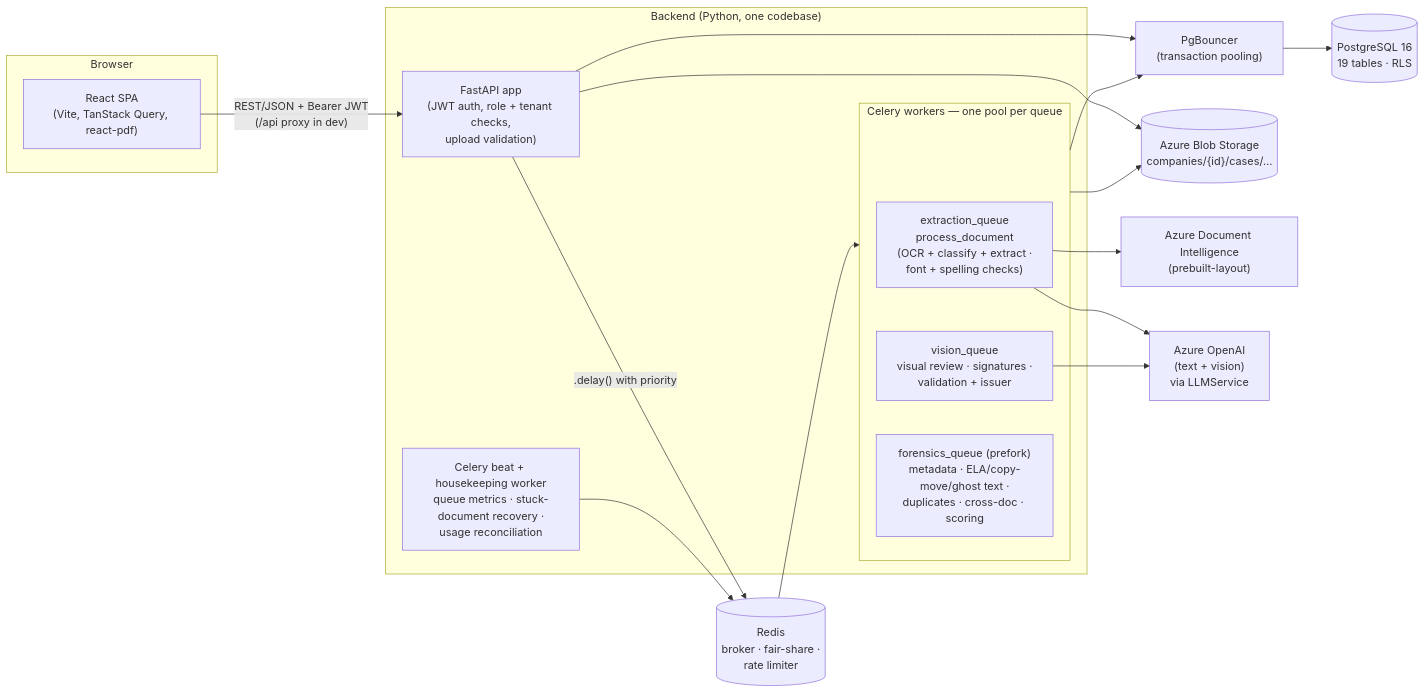
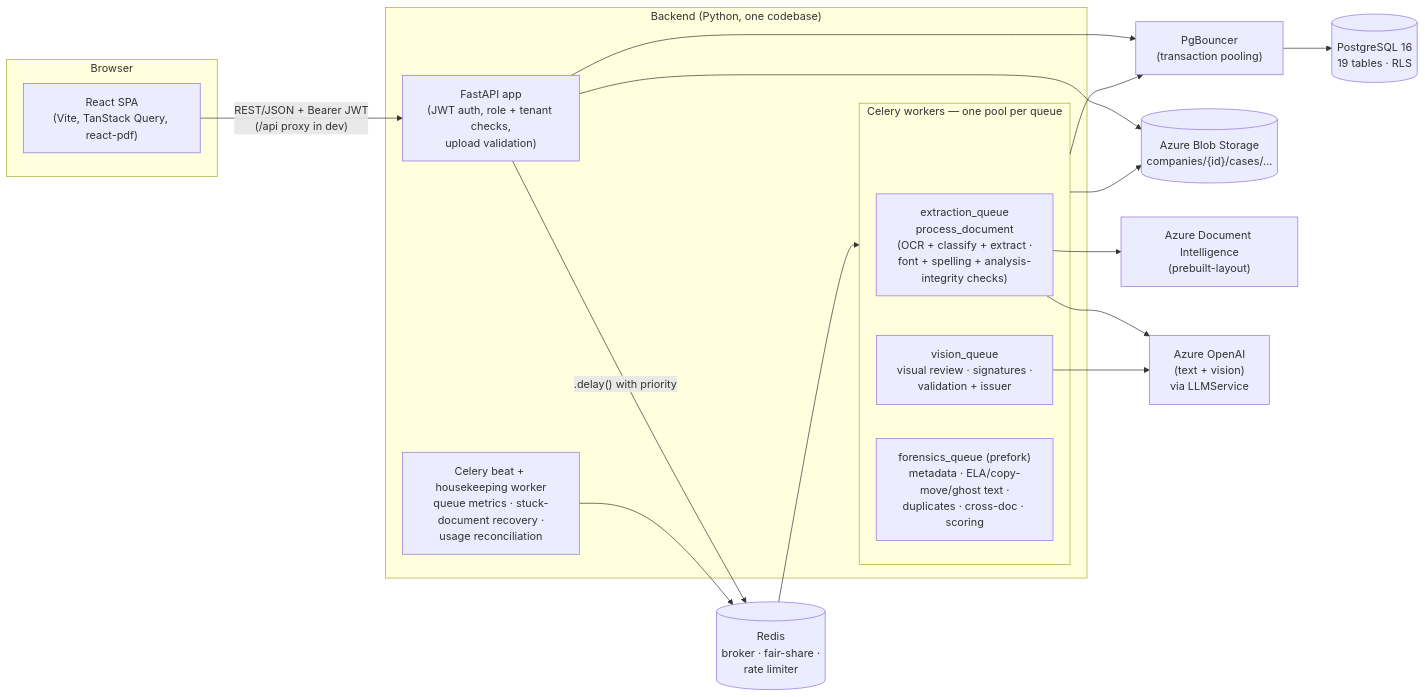
One commit to Deepraj-chawda/FDDT changed the diagram in docs/architecture/overview.md. Above: the diagram before and after it, drawn with Mermaid. The commit also changed other lines of this file and 57 other files, not shown here.

````diff
--- a/docs/architecture/overview.md
+++ b/docs/architecture/overview.md
@@ -16,36 +16,36 @@
 ```mermaid
 flowchart LR
     subgraph Browser
         SPA["React SPA<br/>(Vite, TanStack Query, react-pdf)"]
     end
 
     subgraph Backend["Backend (Python, one codebase)"]
         API["FastAPI app<br/>(JWT auth, role + tenant checks,<br/>upload validation)"]
         subgraph Workers["Celery workers — one pool per queue"]
-            WX["extraction_queue<br/>process_document<br/>(OCR + classify + extract ·<br/>font + spelling checks)"]
+            WX["extraction_queue<br/>process_document<br/>(OCR + classify + extract ·<br/>font + spelling + analysis-integrity checks)"]
             WV["vision_queue<br/>visual review · signatures ·<br/>validation + issuer"]
             WF["forensics_queue (prefork)<br/>metadata · ELA/copy-move/ghost text ·<br/>duplicates · cross-doc · scoring"]
         end
         BEAT["Celery beat + housekeeping worker<br/>queue metrics · stuck-document recovery ·<br/>usage reconciliation"]
     end
 
     PGB["PgBouncer<br/>(transaction pooling)"]
     PG[("PostgreSQL 16<br/>19 tables · RLS")]
     RD[("Redis<br/>broker · fair-share ·<br/>rate limiter")]
     BLOB[("Azure Blob Storage<br/>companies/{id}/cases/…")]
     DI["Azure Document Intelligence<br/>(prebuilt-layout)"]
     AOAI["Azure OpenAI<br/>(text + vision)<br/>via LLMService"]
 
     SPA -- "REST/JSON + Bearer JWT<br/>(/api proxy in dev)" --> API
     API --> PGB
     API --> BLOB
     API -- ".delay() with priority" --> RD
     RD --> Workers
     BEAT --> RD
     Workers --> PGB
     PGB --> PG
     Workers --> BLOB
     WX --> DI
     WX --> AOAI
     WV --> AOAI
 ```
````
